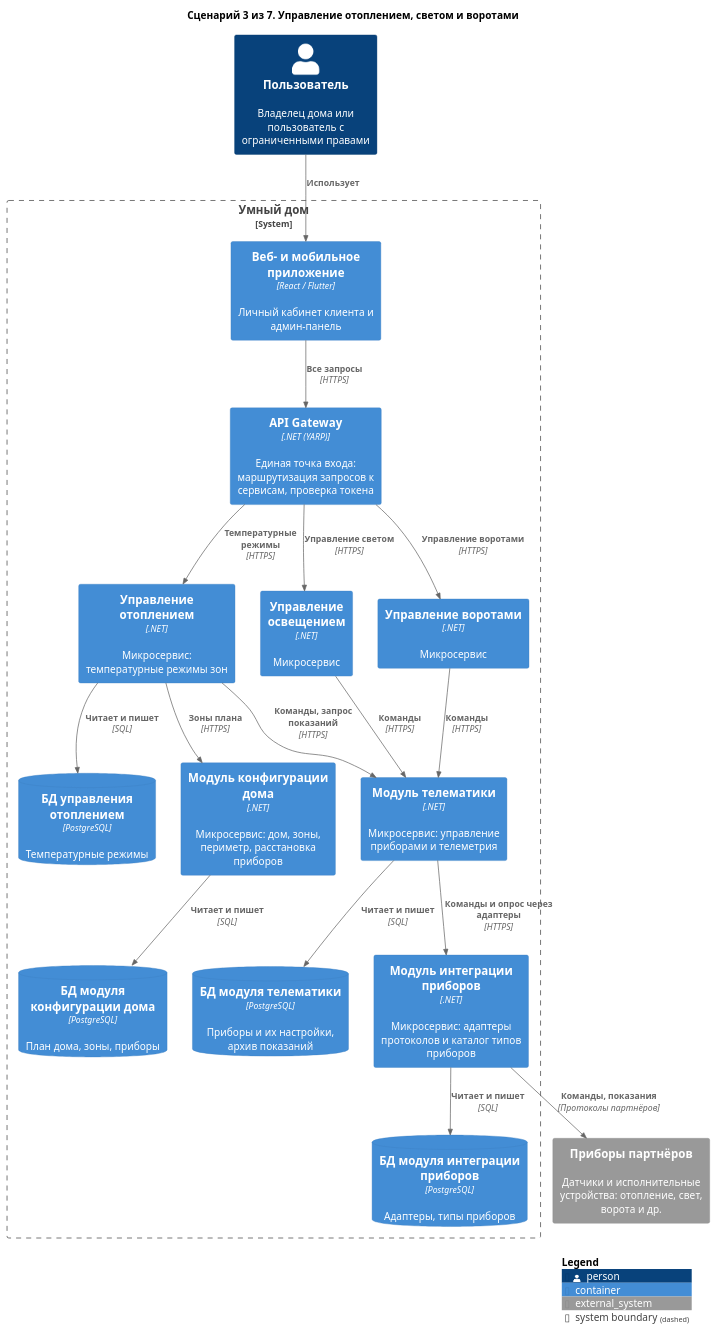
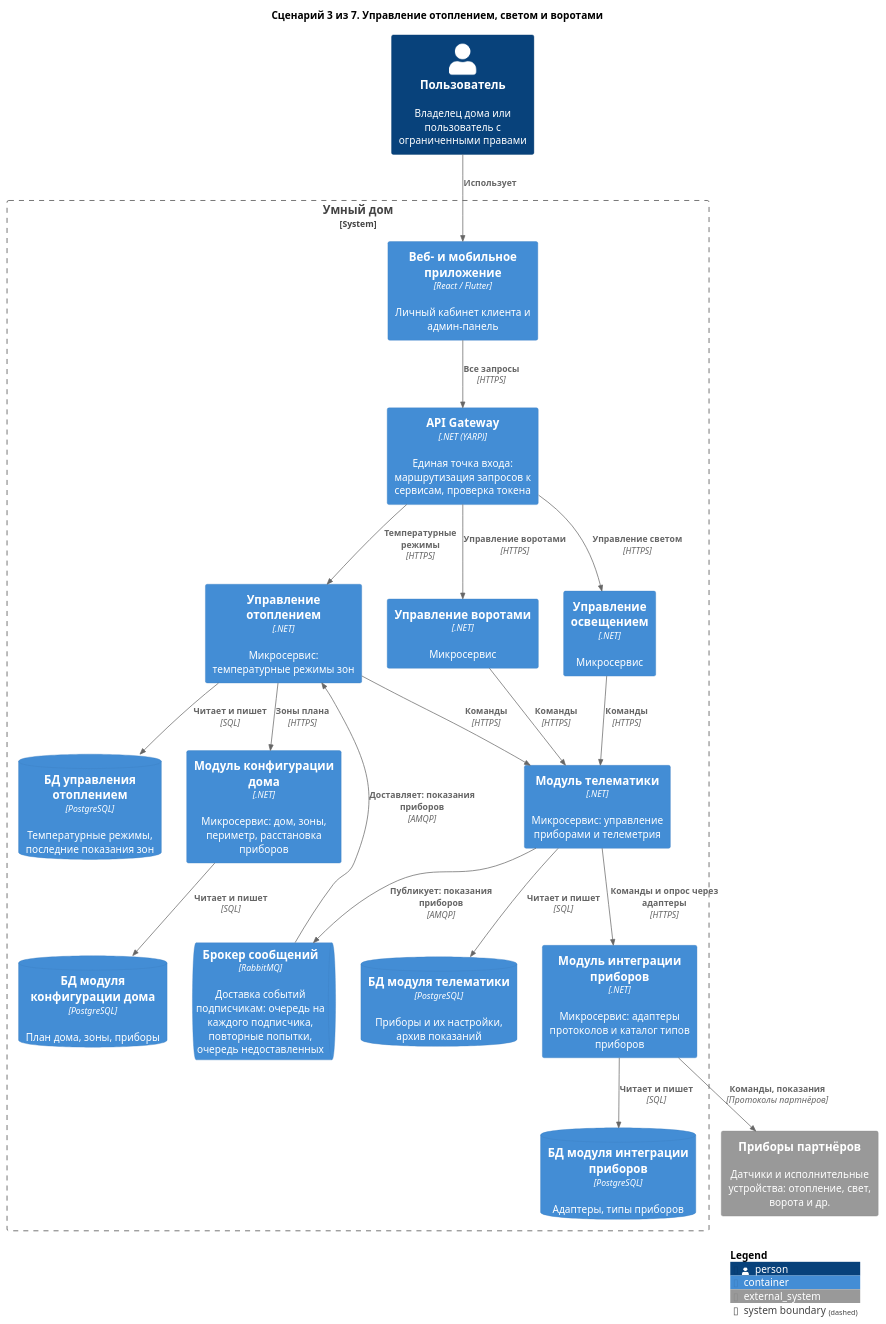
The diagram in diagrams/containers-scenarios/03-device-control.puml (Lyamin-av/architecture-warmhouse), drawn with PlantUML before and after one commit. The commit also changed 10 other files, not shown here.

First line of the commit message:
C4: компоненты управления отоплением, показания через брокер, расписание в автоматизации

```diff
--- a/diagrams/containers-scenarios/03-device-control.puml
+++ b/diagrams/containers-scenarios/03-device-control.puml
@@ -1,43 +1,46 @@
 @startuml 03-device-control
 !include <C4/C4_Container>
 
 title Сценарий 3 из 7. Управление отоплением, светом и воротами
 
 Person(user, "Пользователь", "Владелец дома или пользователь с ограниченными правами")
 
 System_Boundary(Warmhouse, "Умный дом") {
     Container(apps, "Веб- и мобильное приложение", "React / Flutter", "Личный кабинет клиента и админ-панель")
     Container(Gateway, "API Gateway", ".NET (YARP)", "Единая точка входа: маршрутизация запросов к сервисам, проверка токена")
     Container(Heating, "Управление отоплением", ".NET", "Микросервис: температурные режимы зон")
     Container(Lighting, "Управление освещением", ".NET", "Микросервис")
     Container(GateControl, "Управление воротами", ".NET", "Микросервис")
     Container(HouseConfigurator, "Модуль конфигурации дома", ".NET", "Микросервис: дом, зоны, периметр, расстановка приборов")
     Container(Telematics, "Модуль телематики", ".NET", "Микросервис: управление приборами и телеметрия")
     Container(DeviceIntegration, "Модуль интеграции приборов", ".NET", "Микросервис: адаптеры протоколов и каталог типов приборов")
-    ContainerDb(dbHeating, "БД управления отоплением", "PostgreSQL", "Температурные режимы")
+    ContainerQueue(Broker, "Брокер сообщений", "RabbitMQ", "Доставка событий подписчикам: очередь на каждого подписчика, повторные попытки, очередь недоставленных")
+    ContainerDb(dbHeating, "БД управления отоплением", "PostgreSQL", "Температурные режимы, последние показания зон")
     ContainerDb(dbTelematics, "БД модуля телематики", "PostgreSQL", "Приборы и их настройки, архив показаний")
     ContainerDb(dbDIS, "БД модуля интеграции приборов", "PostgreSQL", "Адаптеры, типы приборов")
     ContainerDb(dbHC, "БД модуля конфигурации дома", "PostgreSQL", "План дома, зоны, приборы")
 }
 
 System_Ext(devices, "Приборы партнёров", "Датчики и исполнительные устройства: отопление, свет, ворота и др.")
 
 Rel(user, apps, "Использует")
 Rel(apps, Gateway, "Все запросы", "HTTPS")
 Rel(Gateway, Heating, "Температурные режимы", "HTTPS")
 Rel(Gateway, Lighting, "Управление светом", "HTTPS")
 Rel(Gateway, GateControl, "Управление воротами", "HTTPS")
 Rel(Heating, HouseConfigurator, "Зоны плана", "HTTPS")
-Rel(Heating, Telematics, "Команды, запрос показаний", "HTTPS")
+Rel(Heating, Telematics, "Команды", "HTTPS")
+Rel(Telematics, Broker, "Публикует: показания приборов", "AMQP")
+Rel(Broker, Heating, "Доставляет: показания приборов", "AMQP")
 Rel(Lighting, Telematics, "Команды", "HTTPS")
 Rel(GateControl, Telematics, "Команды", "HTTPS")
 Rel(Telematics, DeviceIntegration, "Команды и опрос через адаптеры", "HTTPS")
 Rel(DeviceIntegration, devices, "Команды, показания", "Протоколы партнёров")
 
 Rel(Heating, dbHeating, "Читает и пишет", "SQL")
 Rel(Telematics, dbTelematics, "Читает и пишет", "SQL")
 Rel(DeviceIntegration, dbDIS, "Читает и пишет", "SQL")
 Rel(HouseConfigurator, dbHC, "Читает и пишет", "SQL")
 
 SHOW_LEGEND()
 @enduml
```
